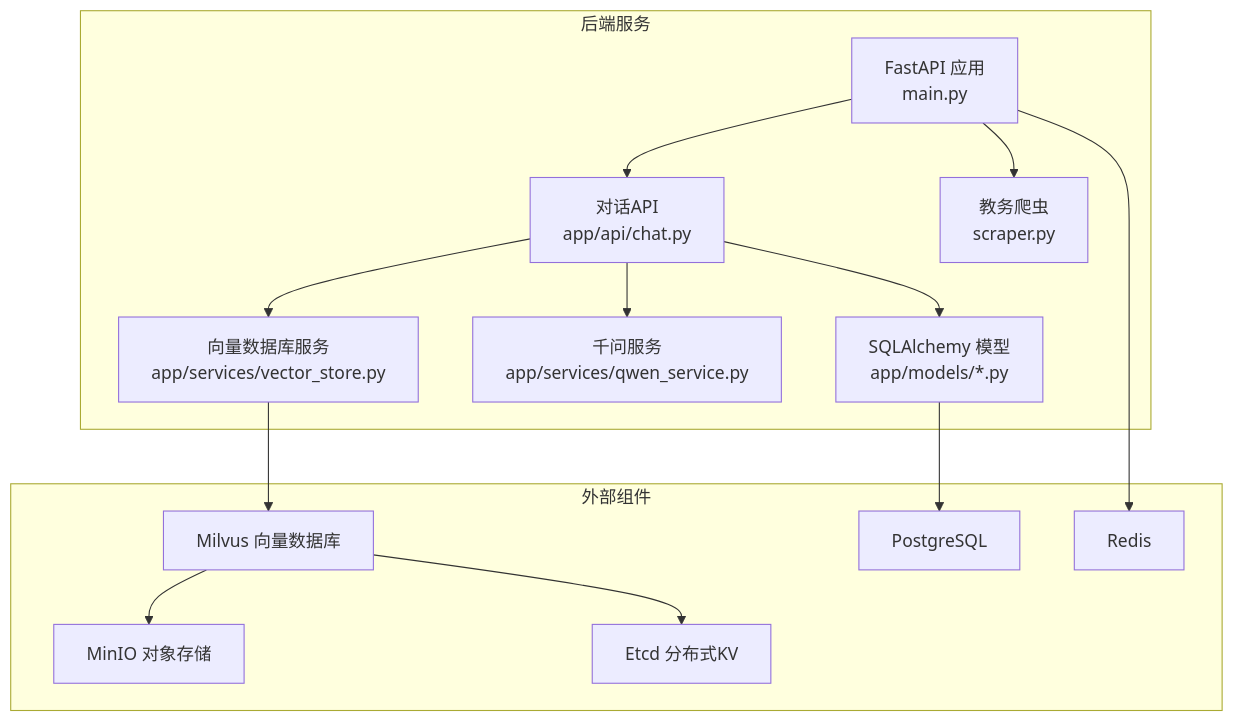
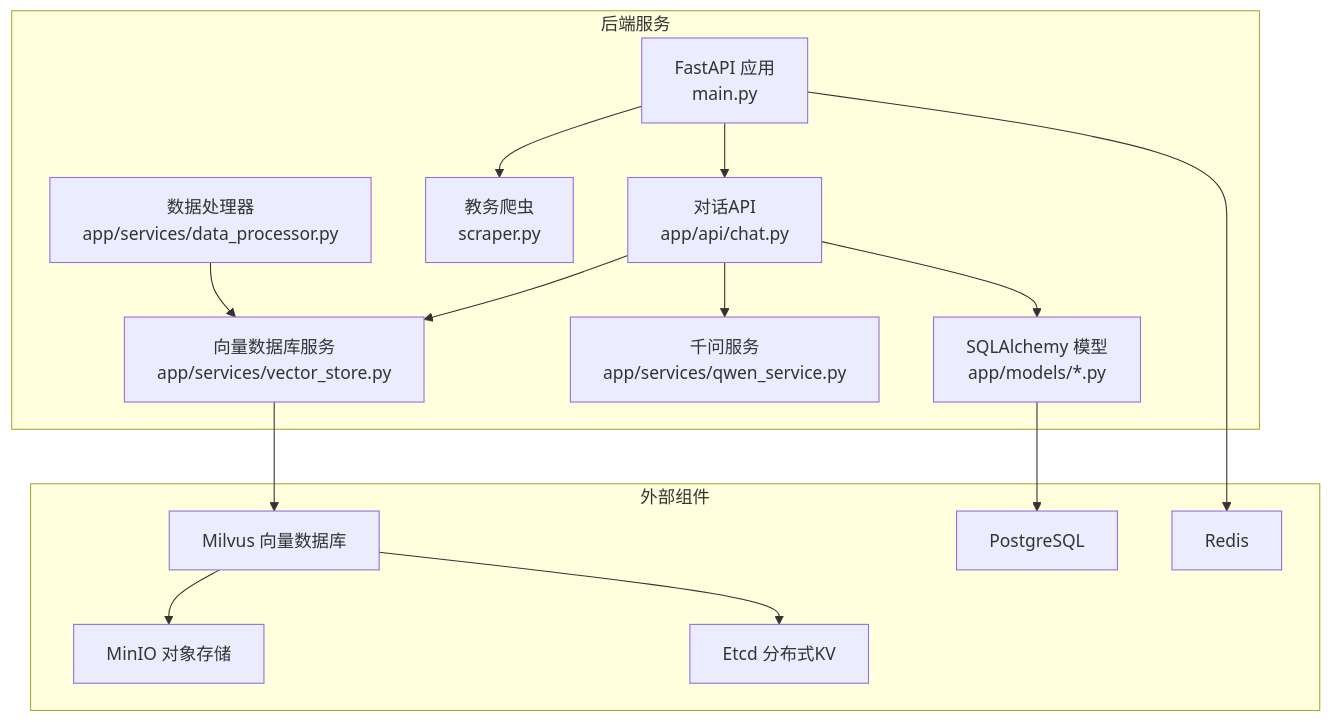
Before and after one commit to ghbbn053-ship-itsoulddog/soulddog: the first of 10 diagrams in .qoder/repowiki/zh/content/AI智能问答系统/向量数据库集成.md, drawn with Mermaid. The commit also changed other lines of this file and 12 other files, not shown here.

````diff
--- a/.qoder/repowiki/zh/content/AI智能问答系统/向量数据库集成.md
+++ b/.qoder/repowiki/zh/content/AI智能问答系统/向量数据库集成.md
@@ -39,28 +53,30 @@
 ```mermaid
 graph TB
 subgraph "后端服务"
 API["FastAPI 应用<br/>main.py"]
 ChatAPI["对话API<br/>app/api/chat.py"]
 VectorStore["向量数据库服务<br/>app/services/vector_store.py"]
 Qwen["千问服务<br/>app/services/qwen_service.py"]
 Scraper["教务爬虫<br/>scraper.py"]
 DB["SQLAlchemy 模型<br/>app/models/*.py"]
+DataProc["数据处理器<br/>app/services/data_processor.py"]
 end
 subgraph "外部组件"
 Milvus["Milvus 向量数据库"]
 Postgres["PostgreSQL"]
 Redis["Redis"]
 MinIO["MinIO 对象存储"]
 Etcd["Etcd 分布式KV"]
 end
 API --> ChatAPI
 ChatAPI --> VectorStore
 ChatAPI --> Qwen
 ChatAPI --> DB
 API --> Scraper
 VectorStore --> Milvus
 DB --> Postgres
 API --> Redis
+DataProc --> VectorStore
 Milvus --> MinIO
 Milvus --> Etcd
 ```
````
